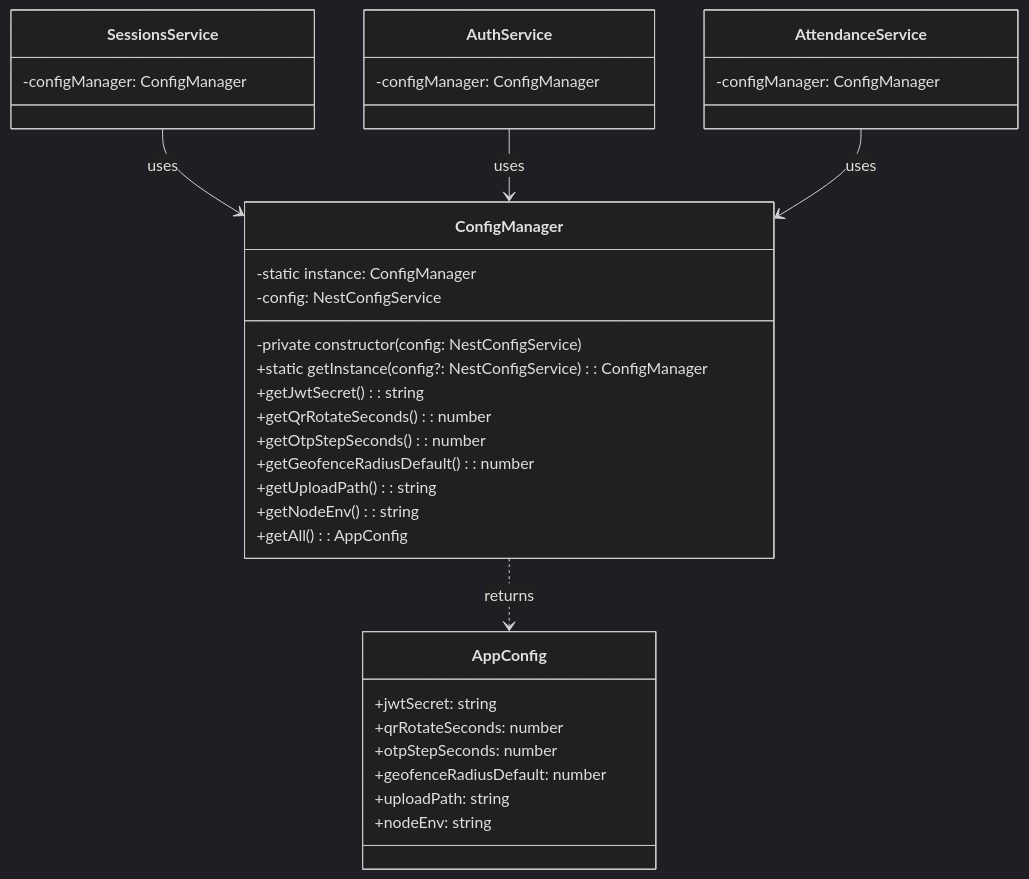
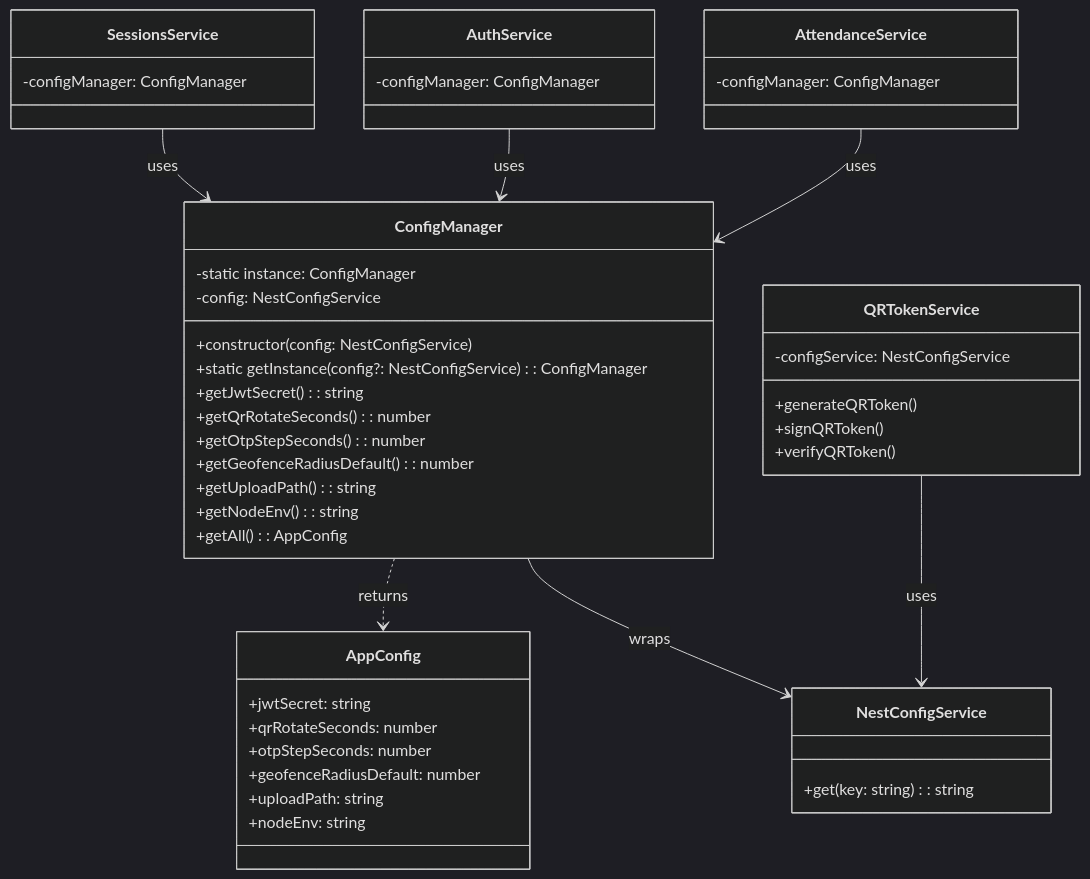
One commit to iannwendy/QRAttendanceCheckin changed the diagram in docs/DesignPatterns/07-SINGLETON.md. Above: the diagram before and after it, drawn with Mermaid (dark theme). The commit also changed 8 other files, not shown here.

First line of the commit message:
fix: correct classDiagram syntax and relationships across all 9 Design Pattern docs

````diff
--- a/docs/DesignPatterns/07-SINGLETON.md
+++ b/docs/DesignPatterns/07-SINGLETON.md
@@ -216,43 +216,56 @@
 ```mermaid
 classDiagram
     class ConfigManager {
         -static instance: ConfigManager
         -config: NestConfigService
-        -private constructor(config: NestConfigService)
+        +constructor(config: NestConfigService)
         +static getInstance(config?: NestConfigService): ConfigManager
         +getJwtSecret(): string
         +getQrRotateSeconds(): number
         +getOtpStepSeconds(): number
         +getGeofenceRadiusDefault(): number
         +getUploadPath(): string
         +getNodeEnv(): string
         +getAll(): AppConfig
     }
 
     class AppConfig {
         +jwtSecret: string
         +qrRotateSeconds: number
         +otpStepSeconds: number
         +geofenceRadiusDefault: number
         +uploadPath: string
         +nodeEnv: string
     }
 
+    class NestConfigService {
+        +get(key: string): string
+    }
+
+    class QRTokenService {
+        -configService: NestConfigService
+        +generateQRToken()
+        +signQRToken()
+        +verifyQRToken()
+    }
+
     ConfigManager ..> AppConfig : returns
+    ConfigManager --> NestConfigService : wraps
 
     class SessionsService {
         -configManager: ConfigManager
     }
 
     class AuthService {
         -configManager: ConfigManager
     }
 
     class AttendanceService {
         -configManager: ConfigManager
     }
 
     SessionsService --> ConfigManager : uses
     AuthService --> ConfigManager : uses
     AttendanceService --> ConfigManager : uses
+    QRTokenService --> NestConfigService : uses
 ```
````
